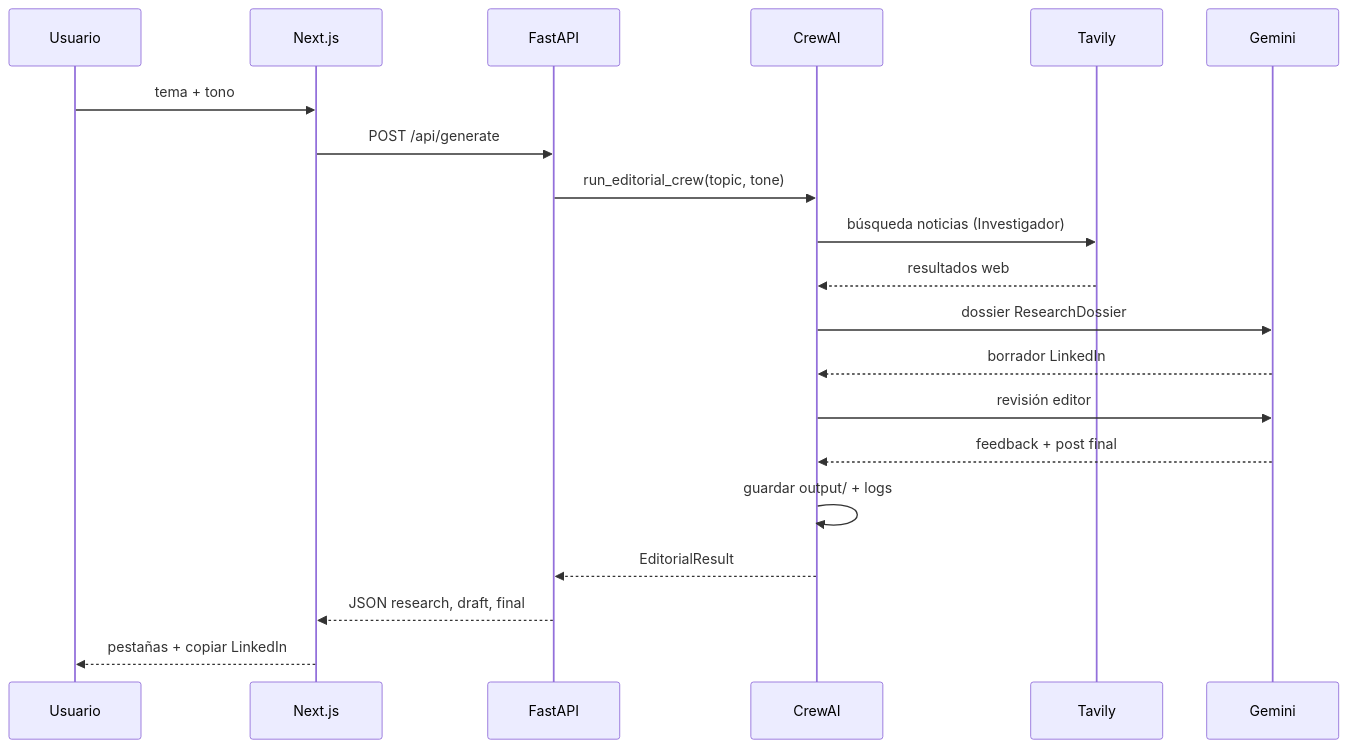
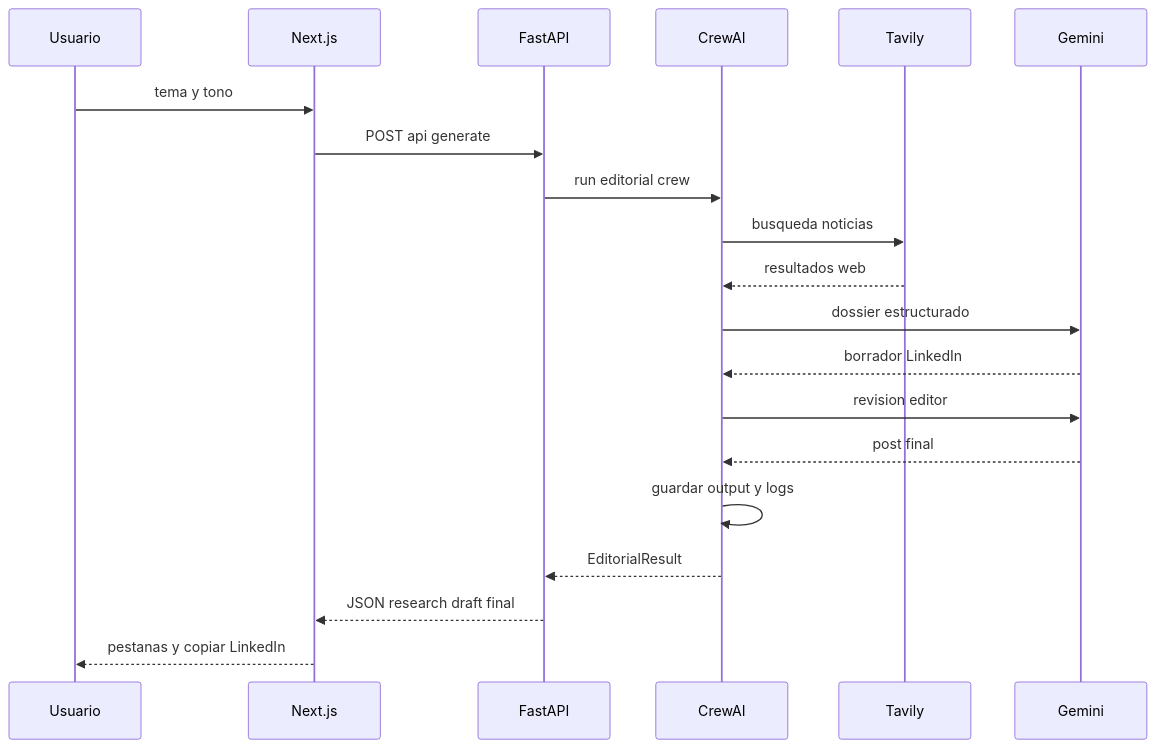
One commit to wasyra/editorial-crew-crewai changed the second of 3 diagrams in README.md. Above: the diagram before and after it, drawn with Mermaid. The commit also changed other lines of this file and 1 other file, not shown here.

Commit message:
fix: diagramas Mermaid compatibles con GitHub

````diff
--- a/README.md
+++ b/README.md
@@ -214,23 +216,23 @@
 ```mermaid
 sequenceDiagram
     participant U as Usuario
     participant W as Next.js
     participant A as FastAPI
     participant C as CrewAI
     participant T as Tavily
     participant G as Gemini
 
-    U->>W: tema + tono
-    W->>A: POST /api/generate
-    A->>C: run_editorial_crew(topic, tone)
-    C->>T: búsqueda noticias (Investigador)
+    U->>W: tema y tono
+    W->>A: POST api generate
+    A->>C: run editorial crew
+    C->>T: busqueda noticias
     T-->>C: resultados web
-    C->>G: dossier ResearchDossier
+    C->>G: dossier estructurado
     G-->>C: borrador LinkedIn
-    C->>G: revisión editor
-    G-->>C: feedback + post final
-    C->>C: guardar output/ + logs
+    C->>G: revision editor
+    G-->>C: post final
+    C->>C: guardar output y logs
     C-->>A: EditorialResult
-    A-->>W: JSON research, draft, final
-    W-->>U: pestañas + copiar LinkedIn
+    A-->>W: JSON research draft final
+    W-->>U: pestanas y copiar LinkedIn
 ```
````
